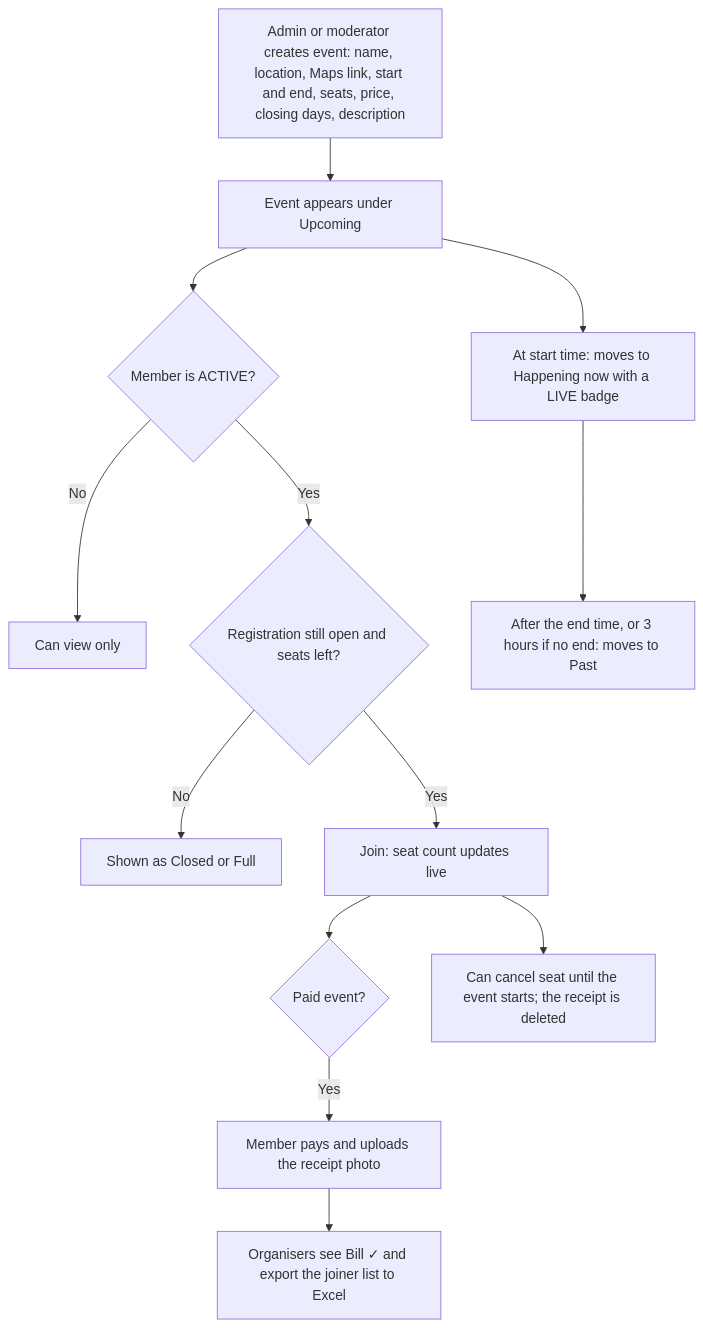
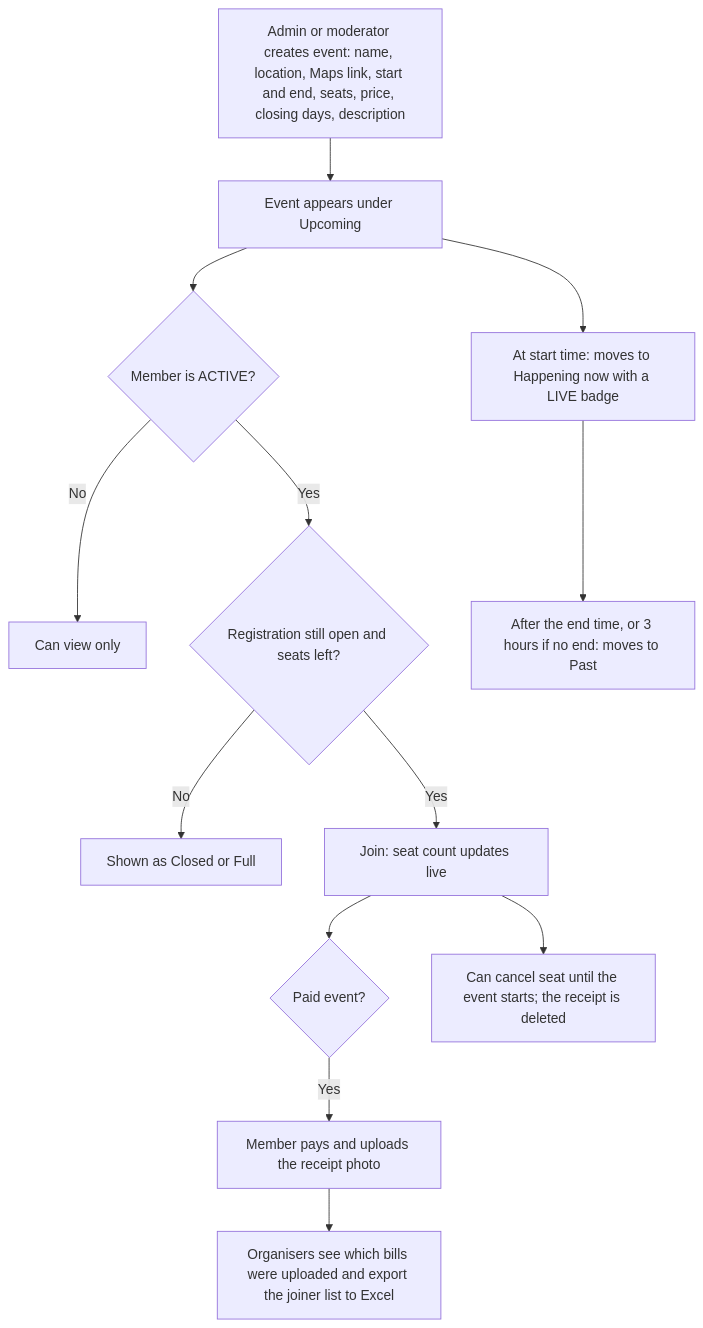
One commit to panhavad/aisarc-membership changed the fifth of 6 diagrams in README.md. Above: the diagram before and after it, drawn with Mermaid. The commit also changed other lines of this file and 33 other files, not shown here.

````diff
--- a/README.md
+++ b/README.md
@@ -206,15 +206,15 @@
 ```mermaid
 flowchart TD
     E1[Admin or moderator creates event: name, location, Maps link, start and end, seats, price, closing days, description] --> E2[Event appears under Upcoming]
     E2 --> E3{Member is ACTIVE?}
     E3 -- No --> E4[Can view only]
     E3 -- Yes --> E5{Registration still open and seats left?}
     E5 -- No --> E6[Shown as Closed or Full]
     E5 -- Yes --> E7[Join: seat count updates live]
     E7 --> E11{Paid event?}
     E11 -- Yes --> E12[Member pays and uploads the receipt photo]
-    E12 --> E13[Organisers see Bill ✓ and export the joiner list to Excel]
+    E12 --> E13[Organisers see which bills were uploaded and export the joiner list to Excel]
     E7 --> E8[Can cancel seat until the event starts; the receipt is deleted]
     E2 --> E9[At start time: moves to Happening now with a LIVE badge]
     E9 --> E10[After the end time, or 3 hours if no end: moves to Past]
 ```
````
